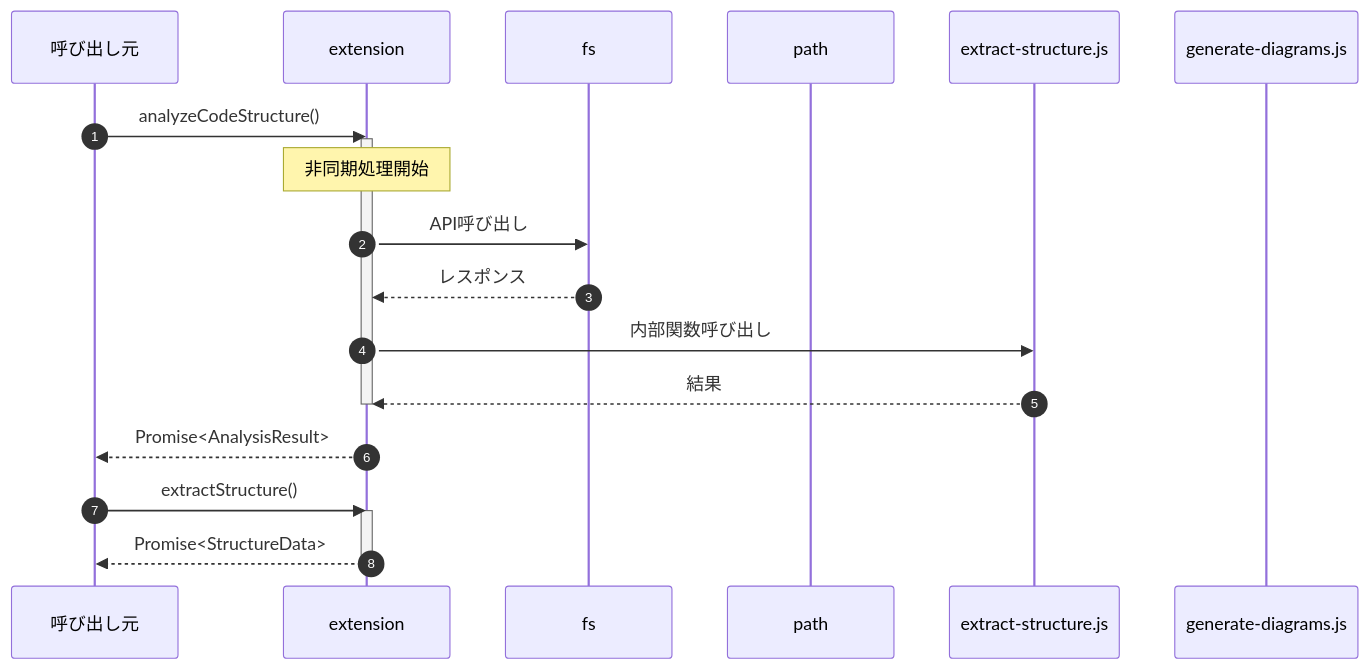
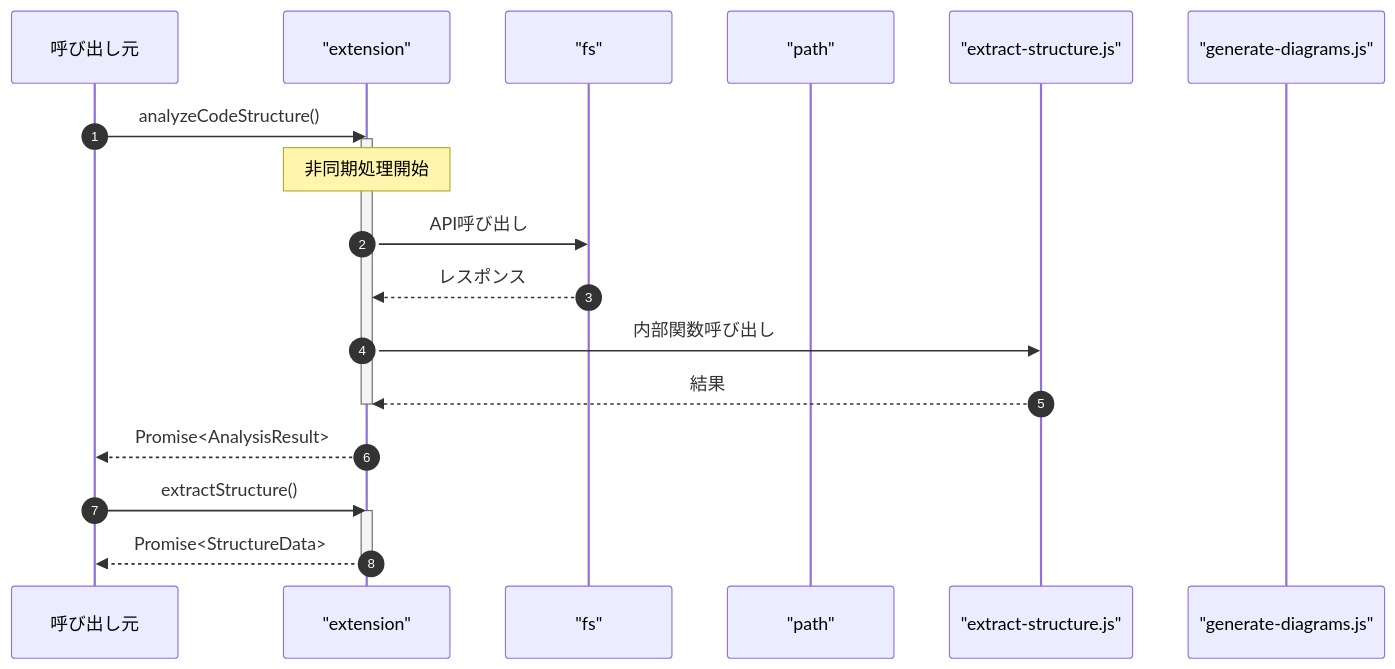
One commit to Mekann2904/mekann changed the fourth of 4 diagrams in ABDD/.pi/extensions/code-structure-analyzer/extension.md. Above: the diagram before and after it, drawn with Mermaid. The commit also changed other lines of this file and 152 other files, not shown here.

First line of the commit message:
fix: Mermaid図のラベル内の特殊文字をエスケープする

````diff
--- a/ABDD/.pi/extensions/code-structure-analyzer/extension.md
+++ b/ABDD/.pi/extensions/code-structure-analyzer/extension.md
@@ -95,25 +95,25 @@
 ```mermaid
 sequenceDiagram
   autonumber
   participant Caller as 呼び出し元
-  participant extension as extension
-  participant fs as fs
-  participant path as path
-  participant extract_structure_js as extract-structure.js
-  participant generate_diagrams_js as generate-diagrams.js
+  participant extension as "extension"
+  participant fs as "fs"
+  participant path as "path"
+  participant extract_structure_js as "extract-structure.js"
+  participant generate_diagrams_js as "generate-diagrams.js"
 
   Caller->>extension: analyzeCodeStructure()
   activate extension
   Note over extension: 非同期処理開始
   extension->>fs: API呼び出し
   fs-->>extension: レスポンス
   extension->>extract_structure_js: 内部関数呼び出し
   extract_structure_js-->>extension: 結果
   deactivate extension
   extension-->>Caller: Promise<AnalysisResult>
 
   Caller->>extension: extractStructure()
   activate extension
   extension-->>Caller: Promise<StructureData>
   deactivate extension
 ```
````
